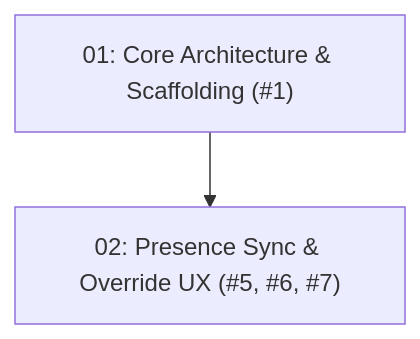
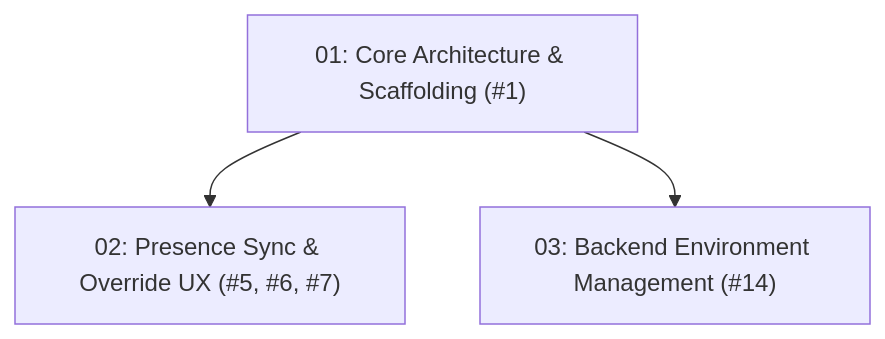
The diagram in .planning/README.md (SuperBypassUdinnn/simkuliah-presence-monitor), drawn with Mermaid before and after one commit. The commit also changed other lines of this file and 9 other files, not shown here.

First line of the commit message:
feat(backend): configure environment through a single .env file

````diff
--- a/.planning/README.md
+++ b/.planning/README.md
@@ -11,4 +11,5 @@
 ```mermaid
 graph TD
     P1["01: Core Architecture & Scaffolding (#1)"] --> P2["02: Presence Sync & Override UX (#5, #6, #7)"]
+    P1 --> P3["03: Backend Environment Management (#14)"]
 ```
````
